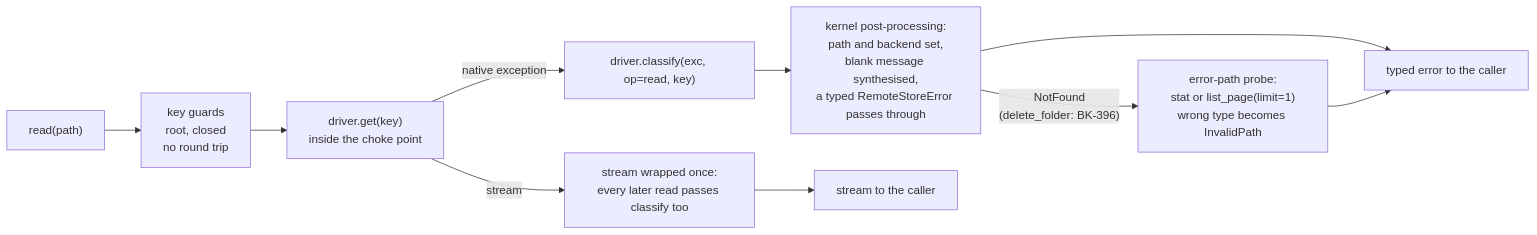
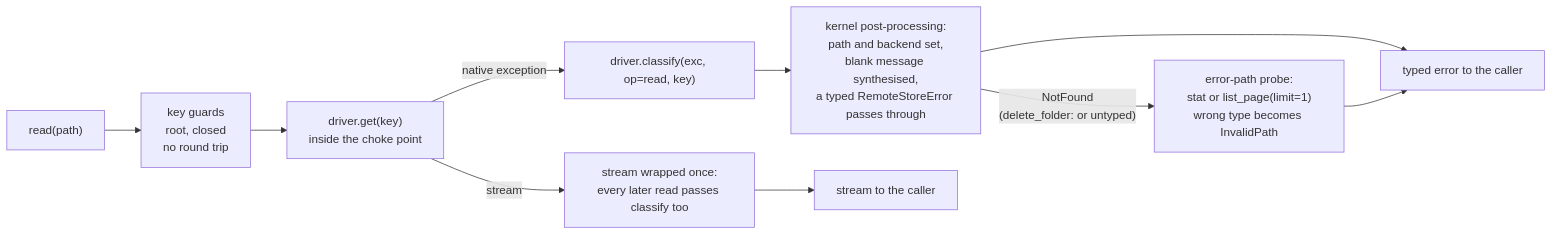
One commit to haalfi/remote-store changed the second of 2 diagrams in sdd/rfcs/rfc-0017-contract-kernel-over-thin-drivers.md. Above: the diagram before and after it, drawn with Mermaid. The commit also changed other lines of this file and 8 other files, not shown here.

First line of the commit message:
BK-396: Decide the kernel's delete_folder sequence (#1057)

````diff
--- a/sdd/rfcs/rfc-0017-contract-kernel-over-thin-drivers.md
+++ b/sdd/rfcs/rfc-0017-contract-kernel-over-thin-drivers.md
@@ -305,12 +307,12 @@
 ```mermaid
 flowchart LR
   call["read(path)"] --> guard["key guards<br/>root, closed<br/>no round trip"]
   guard --> prim["driver.get(key)<br/>inside the choke point"]
   prim -->|stream| wrap["stream wrapped once:<br/>every later read passes classify too"]
   prim -->|native exception| cls["driver.classify(exc, op=read, key)"]
   cls --> post["kernel post-processing:<br/>path and backend set,<br/>blank message synthesised,<br/>a typed RemoteStoreError passes through"]
-  post -->|"NotFound<br/>(delete_folder: BK-396)"| probe["error-path probe:<br/>stat or list_page(limit=1)<br/>wrong type becomes InvalidPath"]
+  post -->|"NotFound<br/>(delete_folder: or untyped)"| probe["error-path probe:<br/>stat or list_page(limit=1)<br/>wrong type becomes InvalidPath"]
   post --> raise["typed error to the caller"]
   probe --> raise
   wrap --> caller["stream to the caller"]
 ```
````
